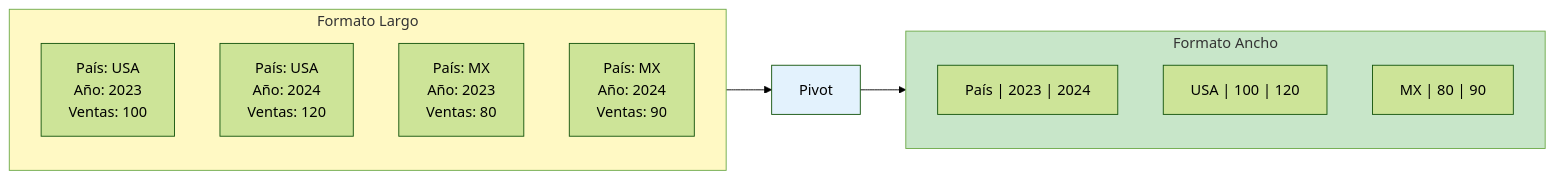
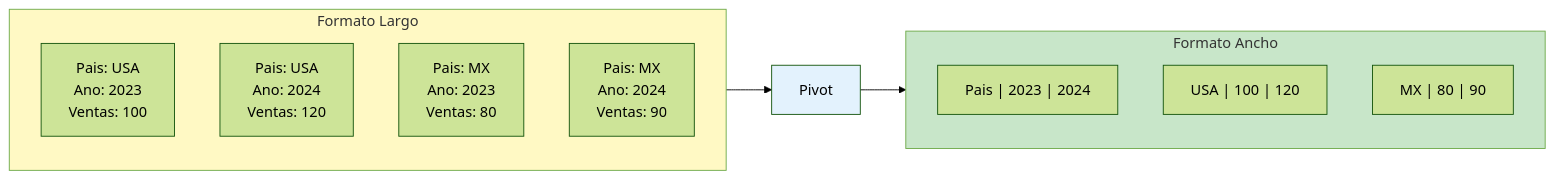
Before and after one commit to nanlabs/nan-data-engineering-labs: diagram 12 of 23 in modules/module-04-python-for-data/assets/diagrams/pandas-operations.md, drawn with Mermaid (forest theme). The commit also changed other lines of this file and 23 other files, not shown here.

````diff
--- a/modules/module-04-python-for-data/assets/diagrams/pandas-operations.md
+++ b/modules/module-04-python-for-data/assets/diagrams/pandas-operations.md
@@ -287,22 +287,22 @@
 ```mermaid
 flowchart LR
     subgraph LONG[" Formato Largo"]
-        A1[País: USA<br/>Año: 2023<br/>Ventas: 100]
-        A2[País: USA<br/>Año: 2024<br/>Ventas: 120]
-        A3[País: MX<br/>Año: 2023<br/>Ventas: 80]
-        A4[País: MX<br/>Año: 2024<br/>Ventas: 90]
+        A1[Pais: USA<br/>Ano: 2023<br/>Ventas: 100]
+        A2[Pais: USA<br/>Ano: 2024<br/>Ventas: 120]
+        A3[Pais: MX<br/>Ano: 2023<br/>Ventas: 80]
+        A4[Pais: MX<br/>Ano: 2024<br/>Ventas: 90]
     end
     
     LONG --> P[Pivot]
     P --> WIDE
     
     subgraph WIDE[" Formato Ancho"]
-        B1["País | 2023 | 2024"]
+        B1["Pais | 2023 | 2024"]
         B2["USA  | 100  | 120"]
         B3["MX   | 80   | 90"]
     end
     
     style LONG fill:#fff9c4
     style P fill:#e3f2fd
     style WIDE fill:#c8e6c9
 ```
````
